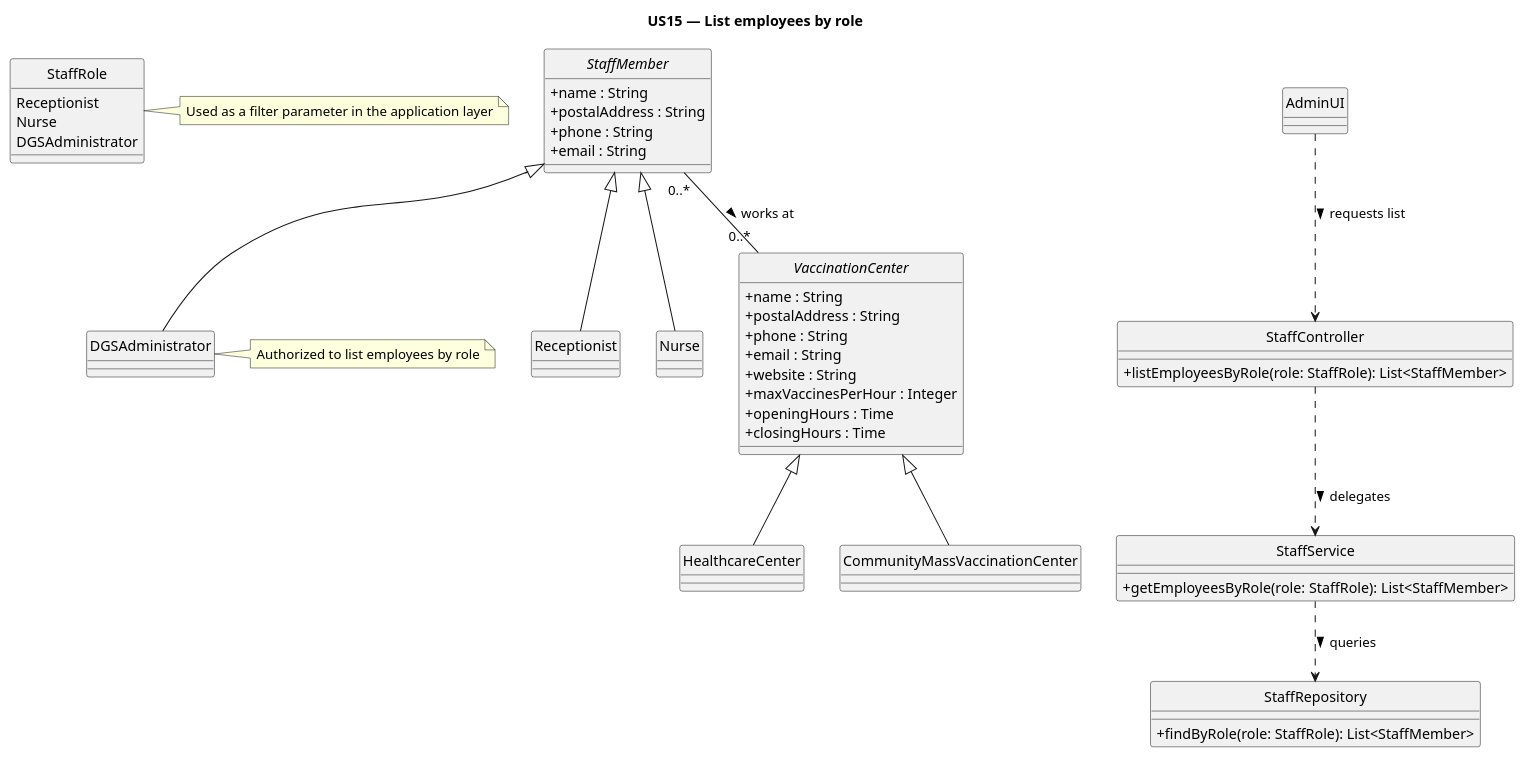
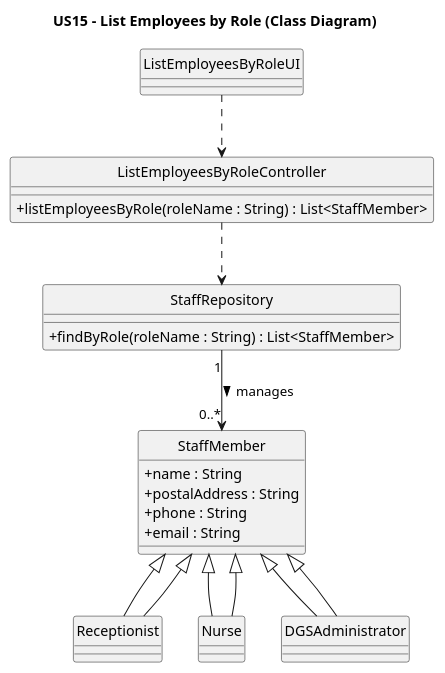
The diagram in docs/system-documentation/US15/puml/US15-CD.puml (luluisfcm/leti-esoft-25-26-B5), drawn with PlantUML before and after one commit. The commit also changed 9 other files, not shown here.

```diff
--- a/docs/system-documentation/US15/puml/US15-CD.puml
+++ b/docs/system-documentation/US15/puml/US15-CD.puml
@@ -1,63 +1,49 @@
 @startuml
+
 'https://plantuml.com/class-diagram
 
 hide circle
 skinparam classAttributeIconSize 0
 
-title US15 — List employees by role
+title US15 - List Employees by Role (Class Diagram)
 
-' ===== UI / Controller / Service / Repository =====
-class AdminUI
-class StaffController {
-  +listEmployeesByRole(role: StaffRole): List<StaffMember>
-}
-class StaffService {
-  +getEmployeesByRole(role: StaffRole): List<StaffMember>
-}
-class StaffRepository {
-  +findByRole(role: StaffRole): List<StaffMember>
+
+class ListEmployeesByRoleUI {
+
 }
 
-enum StaffRole {
-  Receptionist
-  Nurse
-  DGSAdministrator
+
+class ListEmployeesByRoleController {
+
+  +listEmployeesByRole(roleName : String) : List<StaffMember>
 }
 
-note right of StaffRole : Used as a filter parameter in the application layer
 
-' ===== Domain (per DM) =====
-abstract StaffMember {
-  +name : String
-  +postalAddress : String
-  +phone : String
-  +email : String
+class StaffMember {
+
+  + name : String
+  + postalAddress : String
+  + phone : String
+  + email : String
 }
+
 class Receptionist extends StaffMember
 class Nurse extends StaffMember
 class DGSAdministrator extends StaffMember
 
-' Centers in the same style as StaffMember
-abstract VaccinationCenter {
-  +name : String
-  +postalAddress : String
-  +phone : String
-  +email : String
-  +website : String
-  +maxVaccinesPerHour : Integer
-  +openingHours : Time
-  +closingHours : Time
+class StaffRepository {
+
+  +findByRole(roleName : String) : List<StaffMember>
 }
-class HealthcareCenter extends VaccinationCenter
-class CommunityMassVaccinationCenter extends VaccinationCenter
 
-' ===== Associations with reading-direction arrow in label =====
-AdminUI ..> StaffController : requests list >
-StaffController ..> StaffService : delegates >
-StaffService ..> StaffRepository : queries >
-StaffMember "0..*" -- "0..*" VaccinationCenter : works at >
+ListEmployeesByRoleUI ..> ListEmployeesByRoleController
 
-' Place notes after elements exist to avoid forward-ref issues
-note right of DGSAdministrator : Authorized to list employees by role
+ListEmployeesByRoleController ..> StaffRepository
+
+StaffRepository "1" --> "0..*" StaffMember : manages >
+
+Receptionist --|> StaffMember
+Nurse --|> StaffMember
+DGSAdministrator --|> StaffMember
 
 @enduml
```
